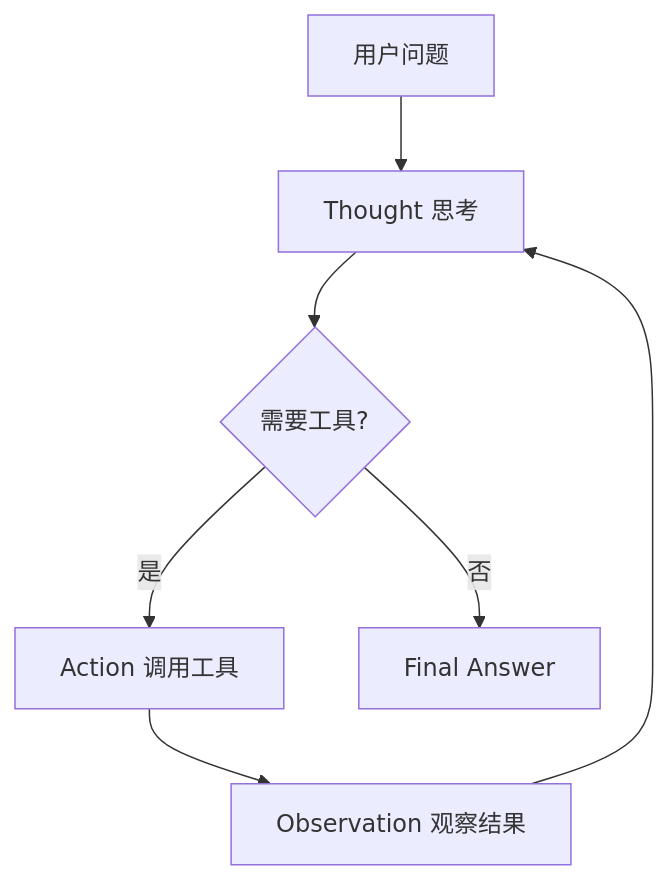
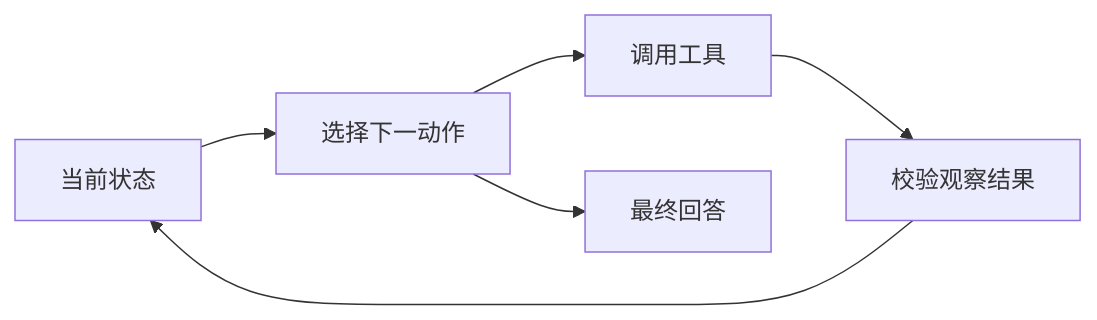
The diagram in questions/Agent/001-react-模式.md (ChaoyuWang04/MockInterview), drawn with Mermaid before and after one commit. The commit also changed other lines of this file and 33 other files, not shown here.

````diff
--- a/questions/Agent/001-react-模式.md
+++ b/questions/Agent/001-react-模式.md
@@ -23,9 +27,8 @@
 ```mermaid
-flowchart TD
-    A[用户问题] --> B[Thought 思考]
-    B --> C{需要工具?}
-    C -- 是 --> D[Action 调用工具]
-    D --> E[Observation 观察结果]
-    E --> B
-    C -- 否 --> F[Final Answer]
+flowchart LR
+    A[当前状态] --> B[选择下一动作]
+    B --> C[调用工具]
+    C --> D[校验观察结果]
+    D --> A
+    B --> E[最终回答]
 ```
````
